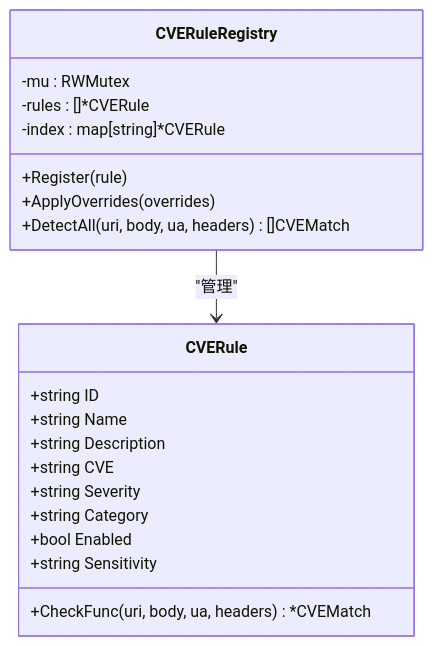
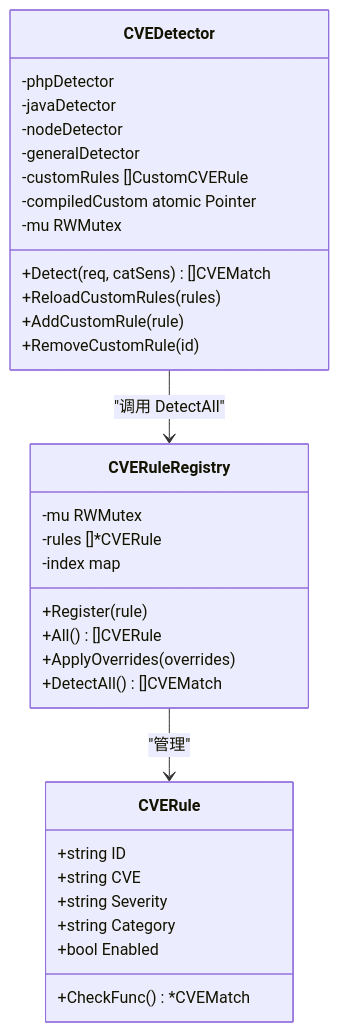
Before and after one commit to x01n/My-OpenWaf: the third of 5 diagrams in docs/安全防护功能/CVE 漏洞检测/CVE 检测器架构.md, drawn with Mermaid. The commit also changed other lines of this file and 622 other files, not shown here.

````diff
--- a/docs/安全防护功能/CVE 漏洞检测/CVE 检测器架构.md
+++ b/docs/安全防护功能/CVE 漏洞检测/CVE 检测器架构.md
@@ -185,23 +162,35 @@
 ```mermaid
 classDiagram
+class CVEDetector {
+-phpDetector
+-javaDetector
+-nodeDetector
+-generalDetector
+-customRules []CustomCVERule
+-compiledCustom atomic Pointer
+-mu RWMutex
++Detect(req, catSens) []CVEMatch
++ReloadCustomRules(rules)
++AddCustomRule(rule)
++RemoveCustomRule(id)
+}
 class CVERuleRegistry {
--mu : RWMutex
--rules : []*CVERule
--index : map[string]*CVERule
+-mu RWMutex
+-rules []*CVERule
+-index map
 +Register(rule)
++All() []CVERule
 +ApplyOverrides(overrides)
-+DetectAll(uri, body, ua, headers) []CVEMatch
++DetectAll() []CVEMatch
 }
 class CVERule {
 +string ID
-+string Name
-+string Description
 +string CVE
 +string Severity
 +string Category
 +bool Enabled
-+string Sensitivity
-+CheckFunc(uri, body, ua, headers) *CVEMatch
++CheckFunc() *CVEMatch
 }
+CVEDetector --> CVERuleRegistry : "调用 DetectAll"
 CVERuleRegistry --> CVERule : "管理"
 ```
````
